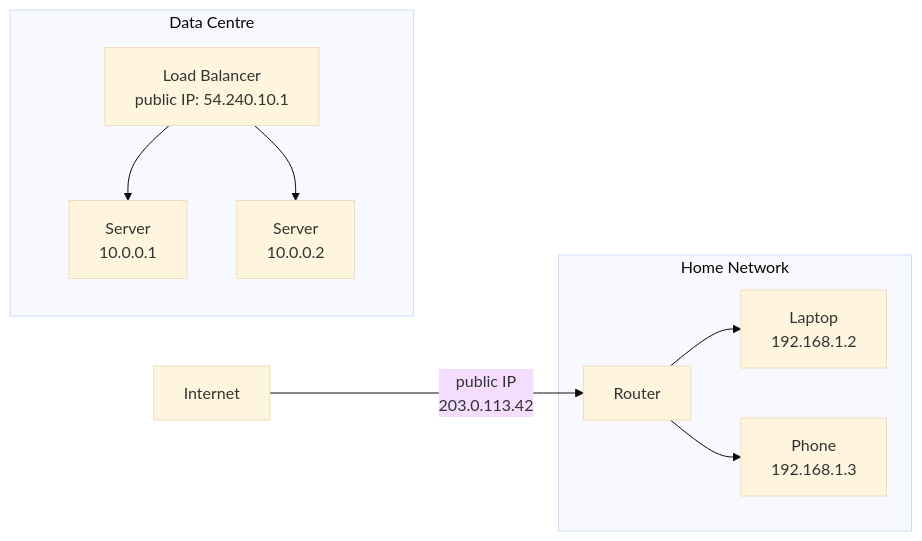
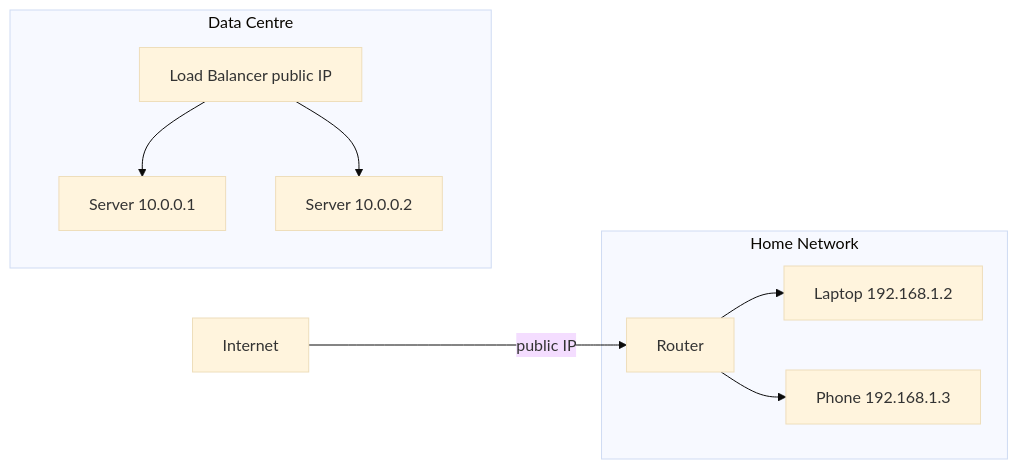
One commit to muhammedsiinanmp/system-design-mastery changed the second of 5 diagrams in 01-introduction/01-networking-foundations/README.md. Above: the diagram before and after it, drawn with Mermaid (base theme). The commit also changed other lines of this file, not shown here.

````diff
--- a/01-introduction/01-networking-foundations/README.md
+++ b/01-introduction/01-networking-foundations/README.md
@@ -149,20 +111,12 @@
 ```mermaid
 flowchart LR
-    Internet -->|public IP
-203.0.113.42| Router
-
-    subgraph Home Network
-        Router --> Laptop[Laptop
-192.168.1.2]
-        Router --> Phone[Phone
-192.168.1.3]
+    Internet -->|public IP| Router
+    subgraph Home["Home Network"]
+        Router --> Laptop["Laptop 192.168.1.2"]
+        Router --> Phone["Phone 192.168.1.3"]
     end
-
-    subgraph Data Centre
-        LB[Load Balancer
-public IP: 54.240.10.1] --> S1[Server
-10.0.0.1]
-        LB --> S2[Server
-10.0.0.2]
+    subgraph DC["Data Centre"]
+        LB["Load Balancer public IP"] --> S1["Server 10.0.0.1"]
+        LB --> S2["Server 10.0.0.2"]
     end
 ```
````
